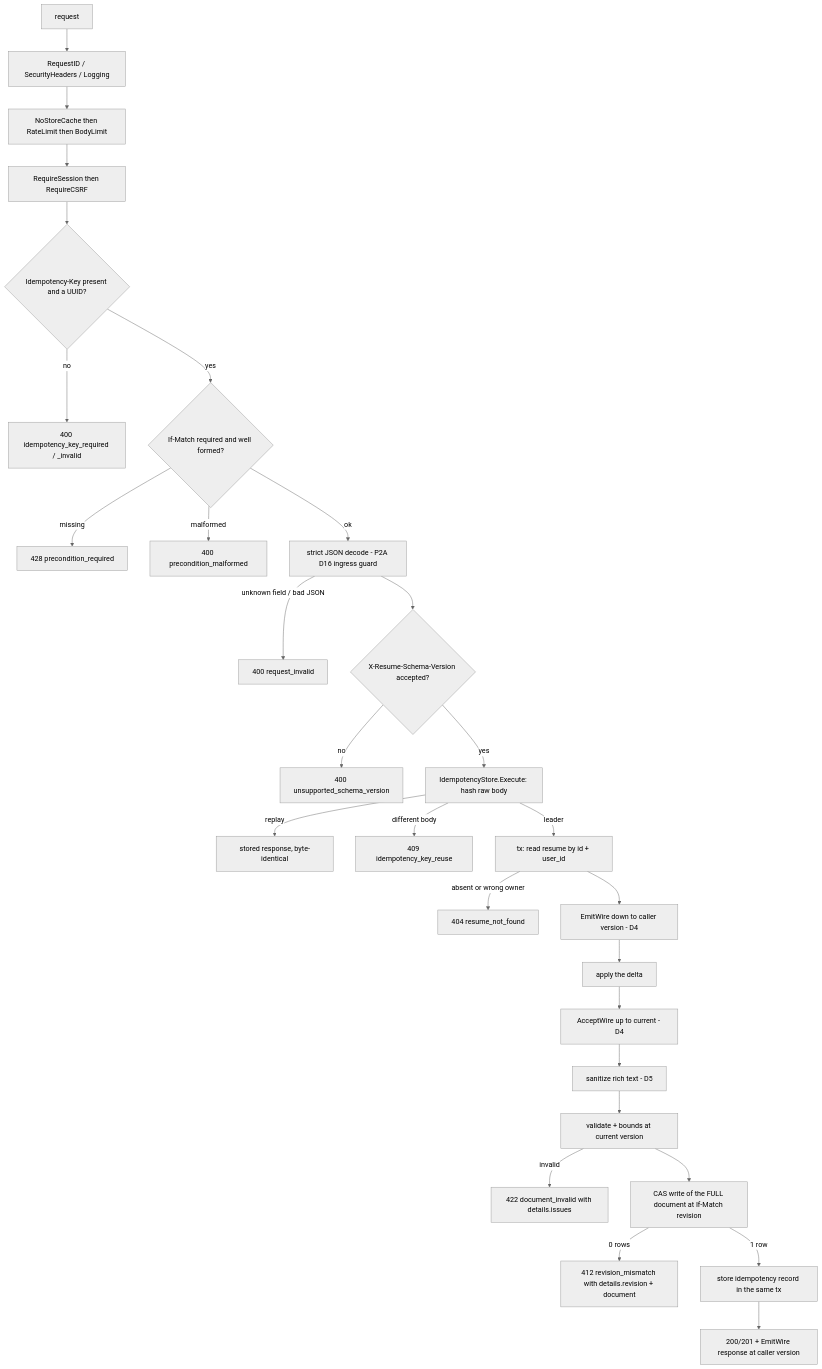
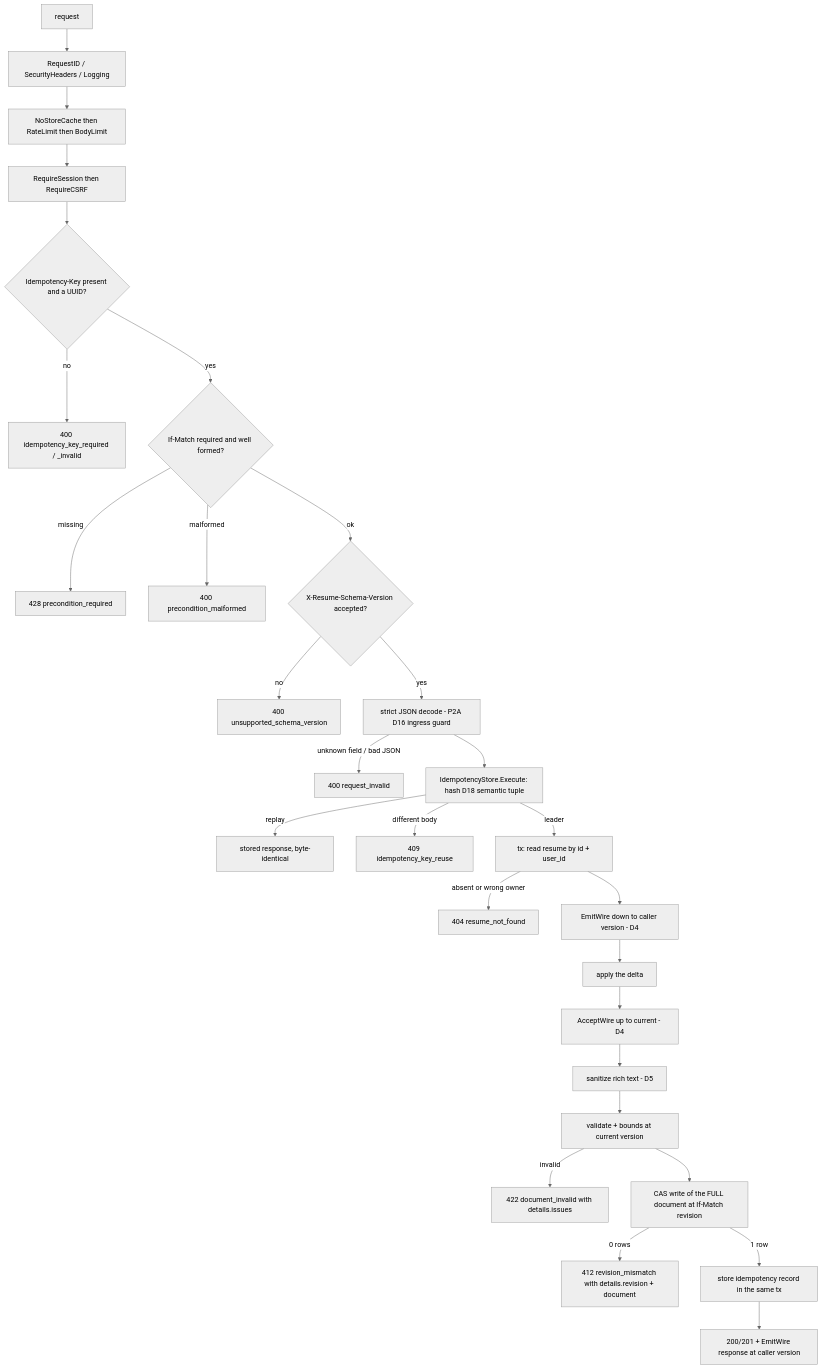
One commit to dannyota/aboutme changed the first of 2 diagrams in docs/plans/phase-2b/http-contract.md. Above: the diagram before and after it, drawn with Mermaid (neutral theme). The commit also changed other lines of this file and 282 other files, not shown here.

````diff
--- a/docs/plans/phase-2b/http-contract.md
+++ b/docs/plans/phase-2b/http-contract.md
@@ -7,30 +8,30 @@
 ```mermaid
 flowchart TD
     A[request] --> B[RequestID / SecurityHeaders / Logging]
     B --> C[NoStoreCache then RateLimit then BodyLimit]
     C --> D[RequireSession then RequireCSRF]
     D --> E{Idempotency-Key present and a UUID?}
     E -->|no| E1[400 idempotency_key_required / _invalid]
     E -->|yes| F{If-Match required and well formed?}
     F -->|missing| F1[428 precondition_required]
     F -->|malformed| F2[400 precondition_malformed]
-    F -->|ok| G[strict JSON decode - P2A D16 ingress guard]
+    F -->|ok| H{X-Resume-Schema-Version accepted?}
+    H -->|no| H1[400 unsupported_schema_version]
+    H -->|yes| G[strict JSON decode - P2A D16 ingress guard]
     G -->|unknown field / bad JSON| G1[400 request_invalid]
-    G --> H{X-Resume-Schema-Version accepted?}
-    H -->|no| H1[400 unsupported_schema_version]
-    H -->|yes| I[IdempotencyStore.Execute: hash raw body]
+    G --> I[IdempotencyStore.Execute: hash D18 semantic tuple]
     I -->|replay| I1[stored response, byte-identical]
     I -->|different body| I2[409 idempotency_key_reuse]
     I -->|leader| J[tx: read resume by id + user_id]
     J -->|absent or wrong owner| J1[404 resume_not_found]
     J --> K[EmitWire down to caller version - D4]
     K --> L[apply the delta]
     L --> M[AcceptWire up to current - D4]
     M --> N[sanitize rich text - D5]
     N --> O[validate + bounds at current version]
     O -->|invalid| O1[422 document_invalid with details.issues]
     O --> P[CAS write of the FULL document at If-Match revision]
     P -->|0 rows| P1[412 revision_mismatch with details.revision + document]
     P -->|1 row| Q[store idempotency record in the same tx]
     Q --> R[200/201 + EmitWire response at caller version]
 ```
````
